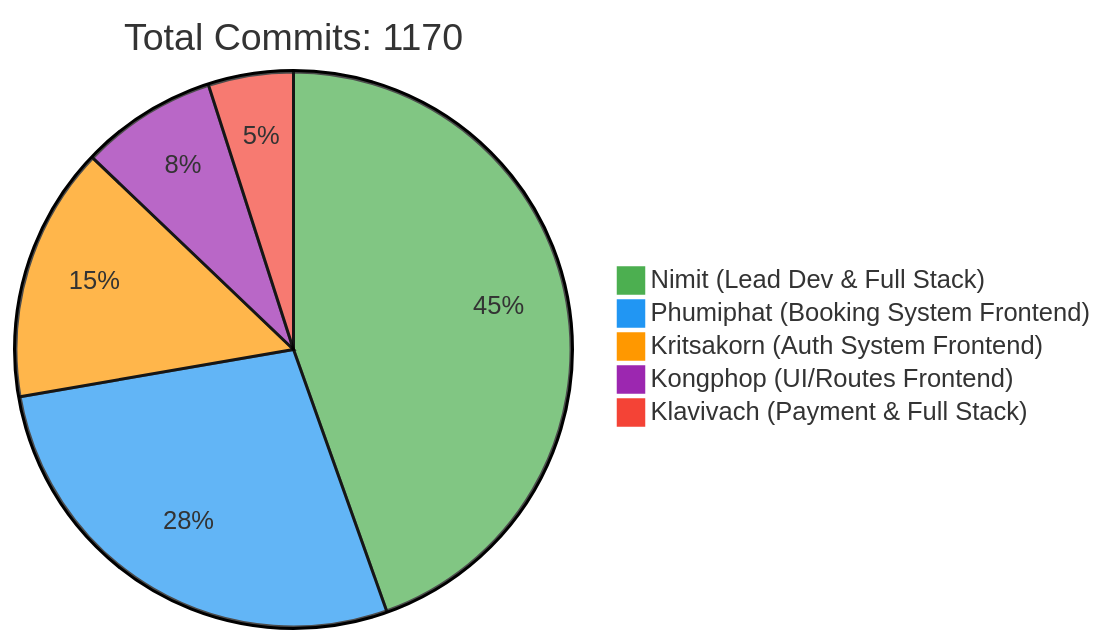
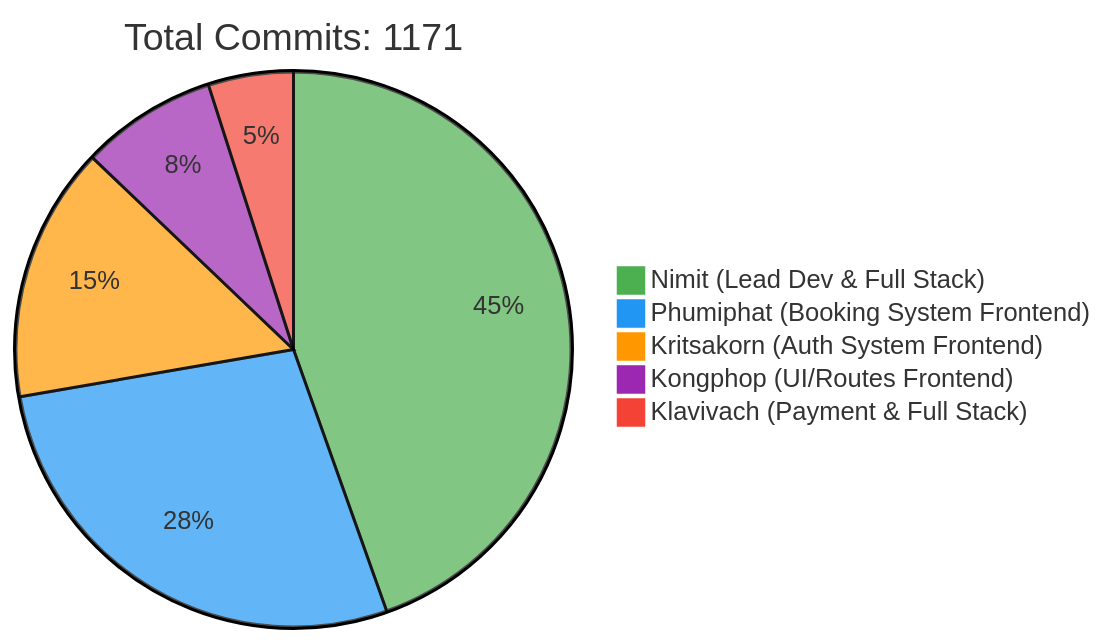
Before and after one commit to 6531503042/Sport-Complex: the first of 2 diagrams in README.md, drawn with Mermaid. The commit also changed other lines of this file, not shown here.

Commit message:
docs: Update contributor statistics [skip ci]

````diff
--- a/README.md
+++ b/README.md
@@ -257,10 +257,10 @@
 ```mermaid
 %%{init: {'theme': 'base', 'themeVariables': { 'pie1': '#4CAF50', 'pie2': '#2196F3', 'pie3': '#FF9800', 'pie4': '#9C27B0', 'pie5': '#F44336'}}}%%
 pie
-    title Total Commits: 1170
+    title Total Commits: 1171
     "Nimit (Lead Dev & Full Stack)" : 450
     "Phumiphat (Booking System Frontend)" : 280
     "Kritsakorn (Auth System Frontend)" : 150
     "Kongphop (UI/Routes Frontend)" : 80
     "Klavivach (Payment & Full Stack)" : 50
 ```
````
